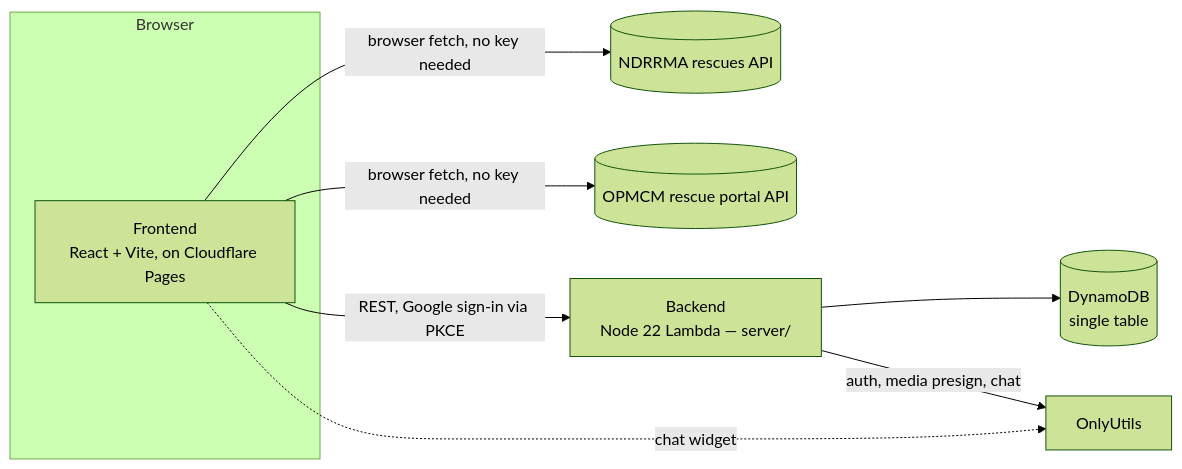
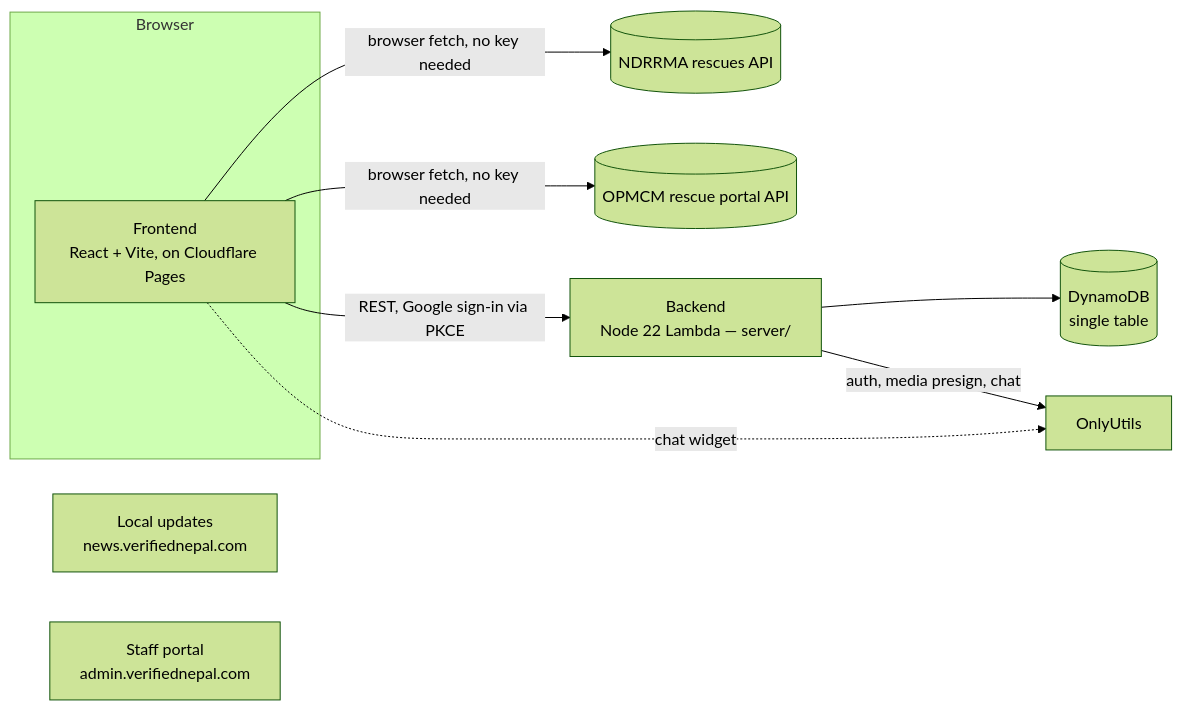
Before and after one commit to onlyutils/verified-nepal: the diagram in README.md, drawn with Mermaid (forest theme). The commit also changed other lines of this file and 71 other files, not shown here.

First line of the commit message:
Sync: remove local updates/ads (moved to news/admin), pin news URLs, e2e (#13)

````diff
--- a/README.md
+++ b/README.md
@@ -50,12 +50,14 @@
 ```mermaid
 flowchart LR
     subgraph Browser
         FE[Frontend<br/>React + Vite, on Cloudflare Pages]
     end
     FE -->|browser fetch, no key needed| NDRRMA[(NDRRMA rescues API)]
     FE -->|browser fetch, no key needed| OPMCM[(OPMCM rescue portal API)]
     FE -->|REST, Google sign-in via PKCE| API[Backend<br/>Node 22 Lambda — server/]
     API --> DDB[(DynamoDB<br/>single table)]
     API -->|auth, media presign, chat| OU[OnlyUtils]
     FE -.chat widget.-> OU
+    NEWS[Local updates<br/>news.verifiednepal.com]
+    ADMIN[Staff portal<br/>admin.verifiednepal.com]
 ```
````
